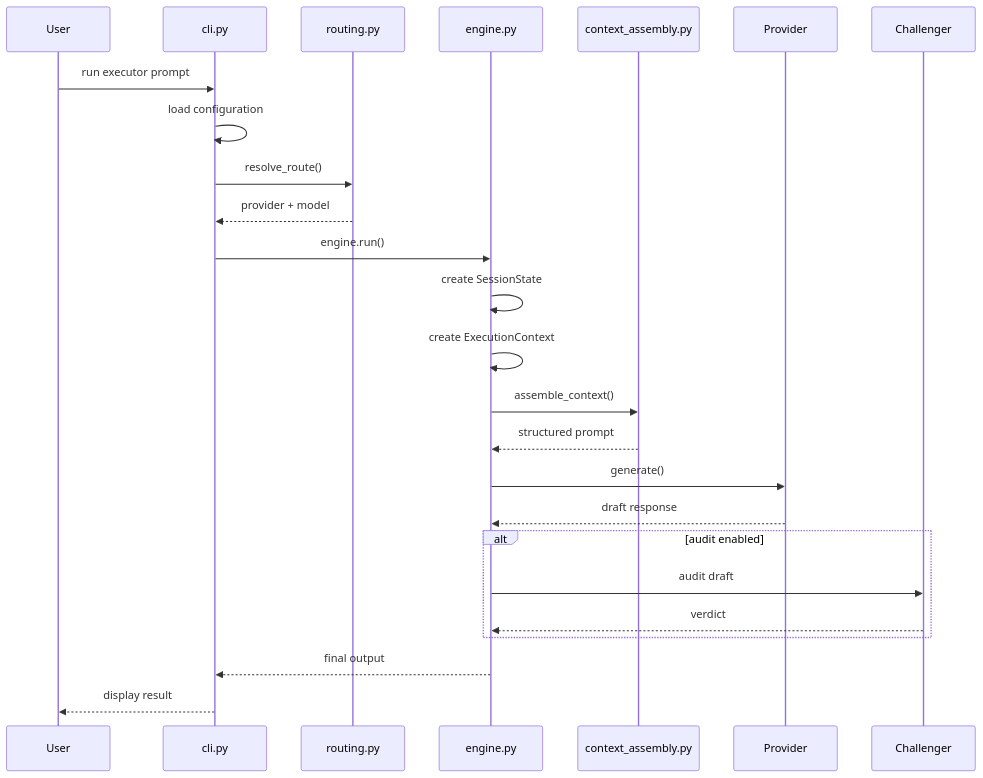
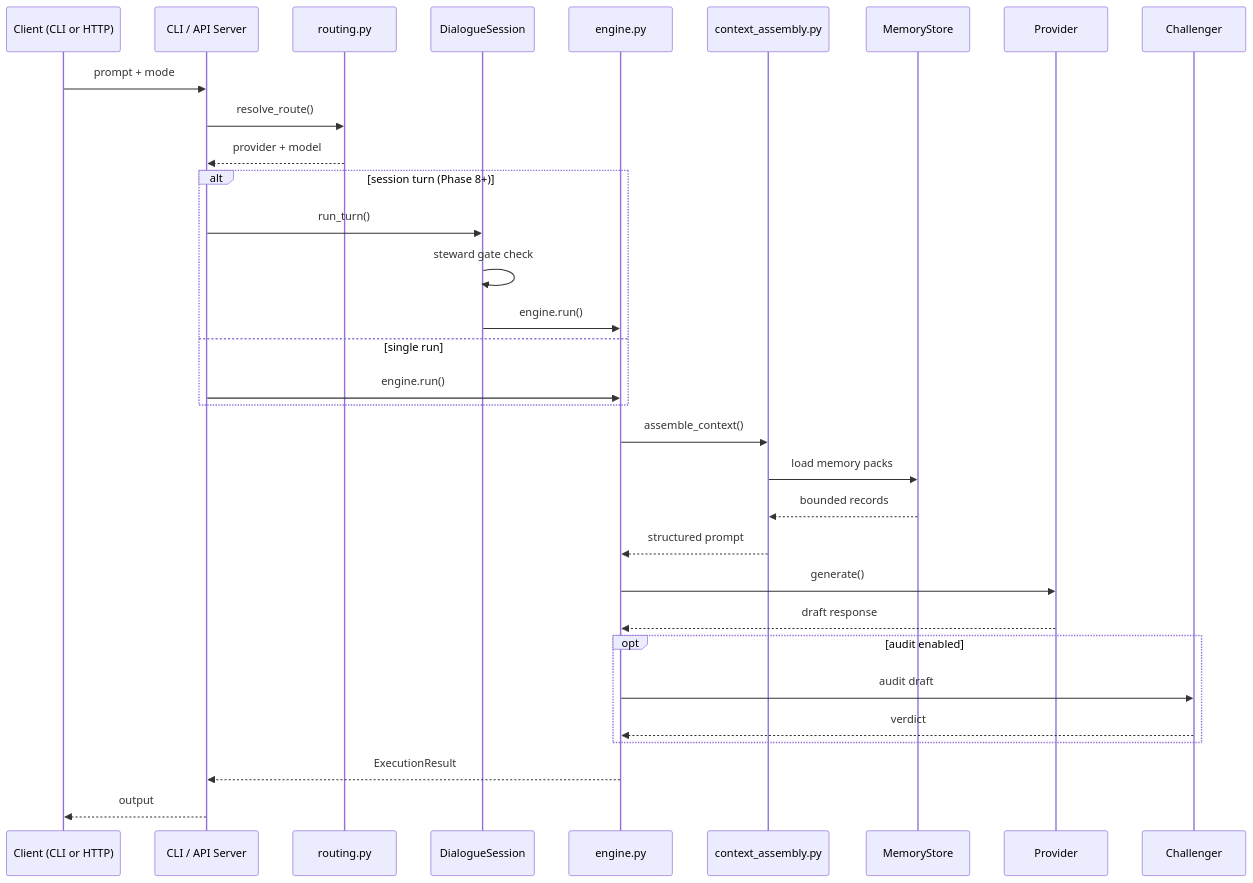
The second of 4 diagrams in README.md (CevenJKnowles/io-architecture), drawn with Mermaid before and after one commit. The commit also changed other lines of this file and 2 other files, not shown here.

First line of the commit message:
fix(docs): correct Mermaid diagram edges in README for accuracy (#31)

````diff
--- a/README.md
+++ b/README.md
@@ -104,27 +107,35 @@
 ```mermaid
 sequenceDiagram
-participant User
-participant CLI as cli.py
-participant Routing as routing.py
-participant Engine as engine.py
-participant Context as context_assembly.py
-participant Provider
-participant Challenger
-User->>CLI: run executor prompt
-CLI->>CLI: load configuration
-CLI->>Routing: resolve_route()
-Routing-->>CLI: provider + model
-CLI->>Engine: engine.run()
-Engine->>Engine: create SessionState
-Engine->>Engine: create ExecutionContext
-Engine->>Context: assemble_context()
-Context-->>Engine: structured prompt
-Engine->>Provider: generate()
-Provider-->>Engine: draft response
-alt audit enabled
-Engine->>Challenger: audit draft
-Challenger-->>Engine: verdict
-end
-Engine-->>CLI: final output
-CLI-->>User: display result
+    participant Client as Client (CLI or HTTP)
+    participant Entry as CLI / API Server
+    participant Routing as routing.py
+    participant Session as DialogueSession
+    participant Engine as engine.py
+    participant Context as context_assembly.py
+    participant Memory as MemoryStore
+    participant Provider
+    participant Challenger
+
+    Client->>Entry: prompt + mode
+    Entry->>Routing: resolve_route()
+    Routing-->>Entry: provider + model
+    alt session turn (Phase 8+)
+        Entry->>Session: run_turn()
+        Session->>Session: steward gate check
+        Session->>Engine: engine.run()
+    else single run
+        Entry->>Engine: engine.run()
+    end
+    Engine->>Context: assemble_context()
+    Context->>Memory: load memory packs
+    Memory-->>Context: bounded records
+    Context-->>Engine: structured prompt
+    Engine->>Provider: generate()
+    Provider-->>Engine: draft response
+    opt audit enabled
+        Engine->>Challenger: audit draft
+        Challenger-->>Engine: verdict
+    end
+    Engine-->>Entry: ExecutionResult
+    Entry-->>Client: output
 ```
````
